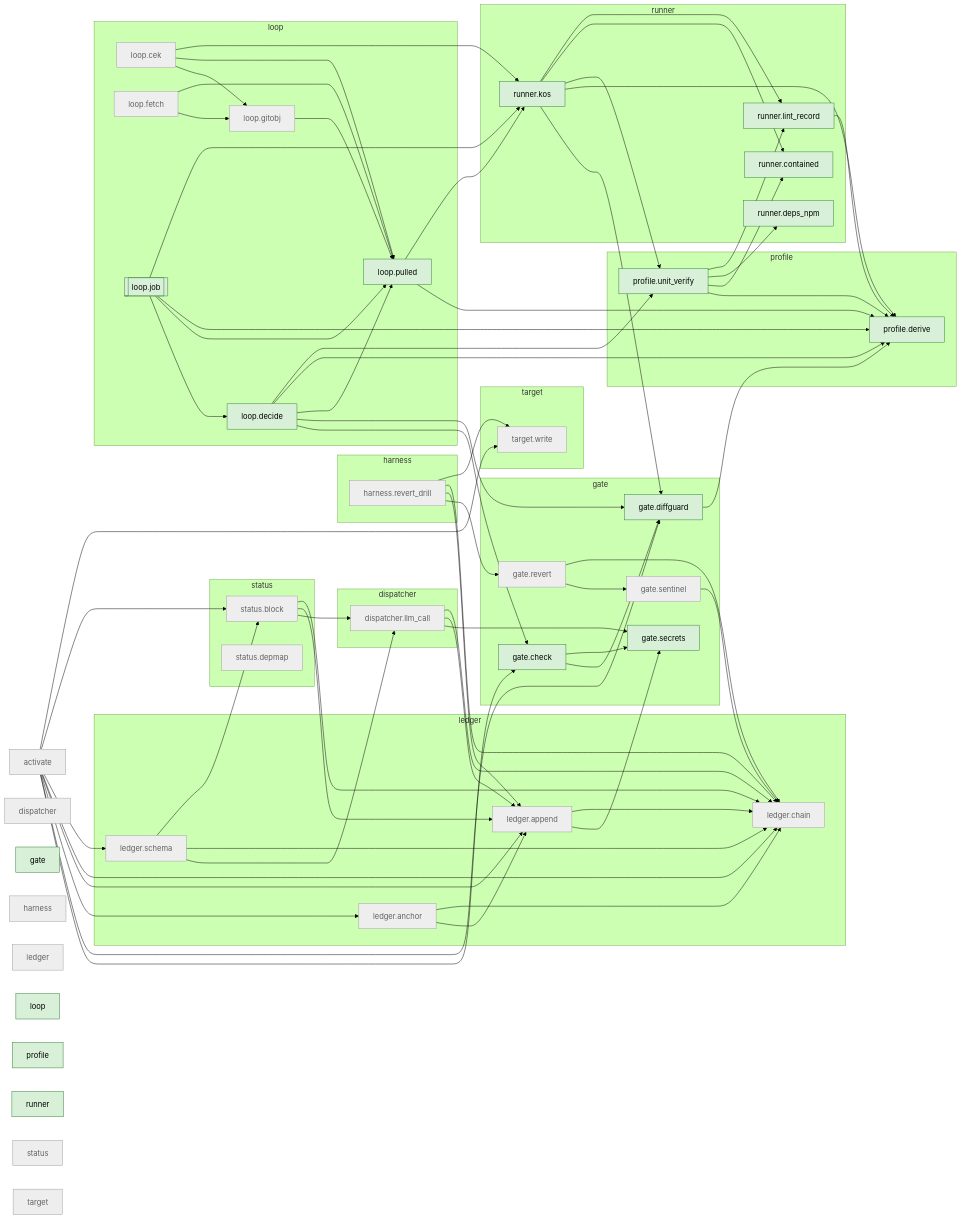
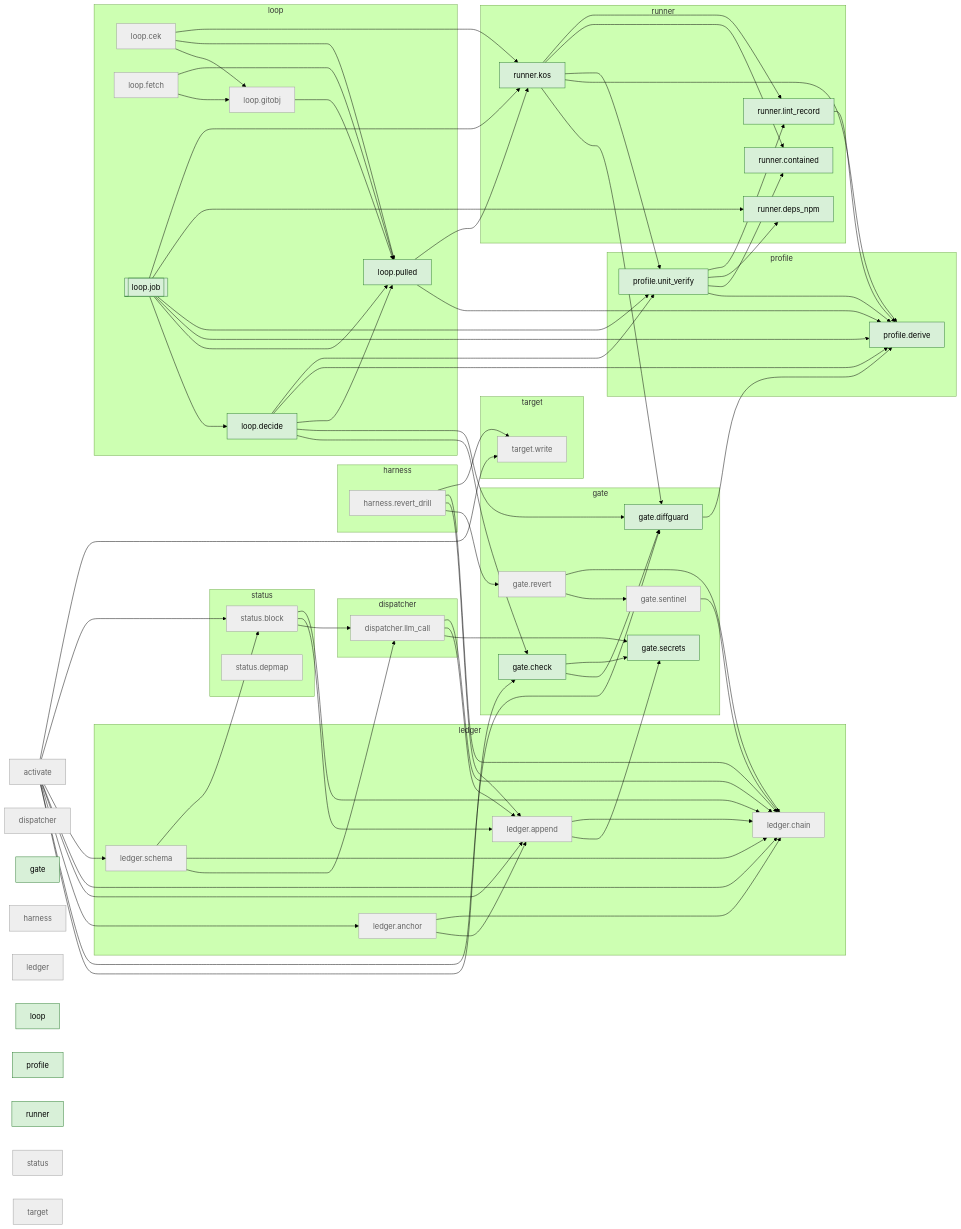
Before and after one commit to Okan-wqm/snowball-rehearsal-brain: the diagram in docs/map/brain.md, drawn with Mermaid (forest theme). The commit also changed other lines of this file and 9 other files, not shown here.

```diff
--- a/docs/map/brain.md
+++ b/docs/map/brain.md
@@ -108,6 +108,8 @@
   n21 --> n18
   n21 --> n22
   n21 --> n24
+  n21 --> n25
+  n21 --> n28
   n21 --> n29
   n22 --> n24
   n22 --> n29
```
